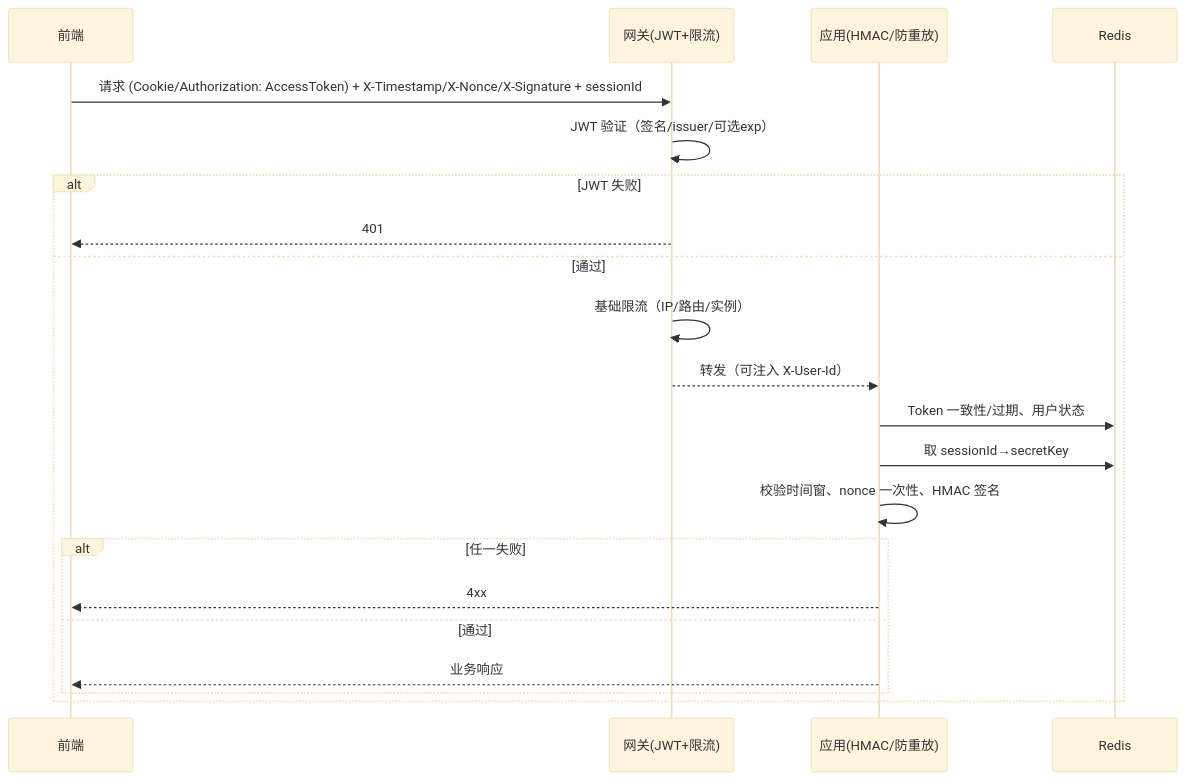
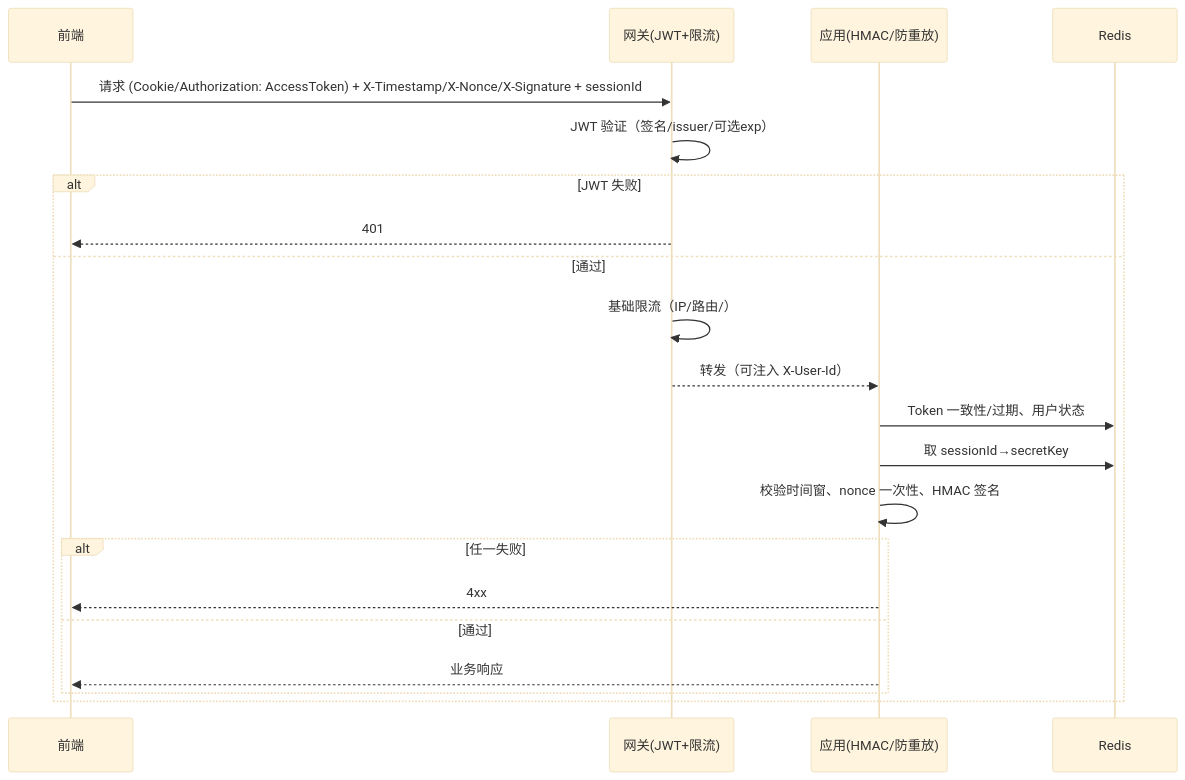
The diagram in all/未命名-4.md (yingjianzh/iodraw-files), drawn with Mermaid (base theme) before and after one commit.

Commit message:
2025-10-16 14:06:22 update

````diff
--- a/all/未命名-4.md
+++ b/all/未命名-4.md
@@ -1,24 +1,24 @@
 ```mermaid
 sequenceDiagram
     participant FE as 前端
     participant Kong as 网关(JWT+限流)
     participant App as 应用(HMAC/防重放)
     participant Redis as Redis
 
     FE->>Kong: 请求 (Cookie/Authorization: AccessToken) + X-Timestamp/X-Nonce/X-Signature + sessionId
     Kong->>Kong: JWT 验证（签名/issuer/可选exp）
     alt JWT 失败
       Kong-->>FE: 401
     else 通过
-      Kong->>Kong: 基础限流（IP/路由/实例）
+      Kong->>Kong: 基础限流（IP/路由/）
       Kong-->>App: 转发（可注入 X-User-Id）
       App->>Redis: Token 一致性/过期、用户状态
       App->>Redis: 取 sessionId→secretKey
       App->>App: 校验时间窗、nonce 一次性、HMAC 签名
       alt 任一失败
         App-->>FE: 4xx
       else 通过
         App-->>FE: 业务响应
       end
     end
 ```
````
